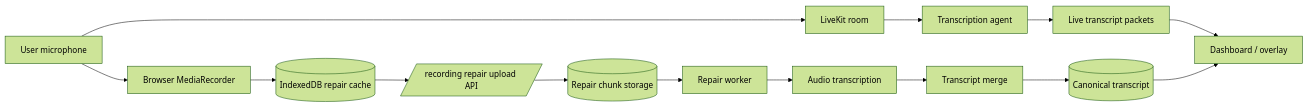
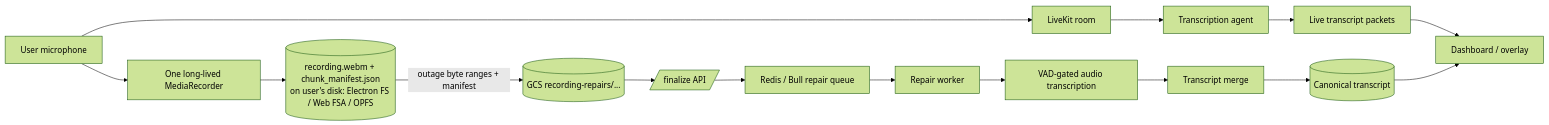
Before and after one commit to juspay/xyne-spaces: the first of 4 diagrams in docs/local-recording-fallback-vs-main.md, drawn with Mermaid (forest theme). The commit also changed other lines of this file and 40 other files, not shown here.

````diff
--- a/docs/local-recording-fallback-vs-main.md
+++ b/docs/local-recording-fallback-vs-main.md
@@ -67,17 +96,18 @@
 ```mermaid
 flowchart LR
     U[User microphone] --> LK[LiveKit room]
     LK --> AG[Transcription agent]
     AG --> LT[Live transcript packets]
     LT --> UI[Dashboard / overlay]
 
-    U --> MR[Browser MediaRecorder]
-    MR --> IDB[(IndexedDB repair cache)]
-    IDB --> API[/recording repair upload API/]
-    API --> OBJ[(Repair chunk storage)]
-    OBJ --> W[Repair worker]
-    W --> STT[Audio transcription]
+    U --> MR[One long-lived MediaRecorder]
+    MR --> FS[(recording.webm + chunk_manifest.json<br/>on user's disk: Electron FS / Web FSA / OPFS)]
+    FS -->|outage byte ranges + manifest| GCS[(GCS recording-repairs/...)]
+    GCS --> API[/finalize API/]
+    API --> Q[Redis / Bull repair queue]
+    Q --> W[Repair worker]
+    W --> STT[VAD-gated audio transcription]
     STT --> MERGE[Transcript merge]
     MERGE --> TR[(Canonical transcript)]
     TR --> UI
 ```
````
